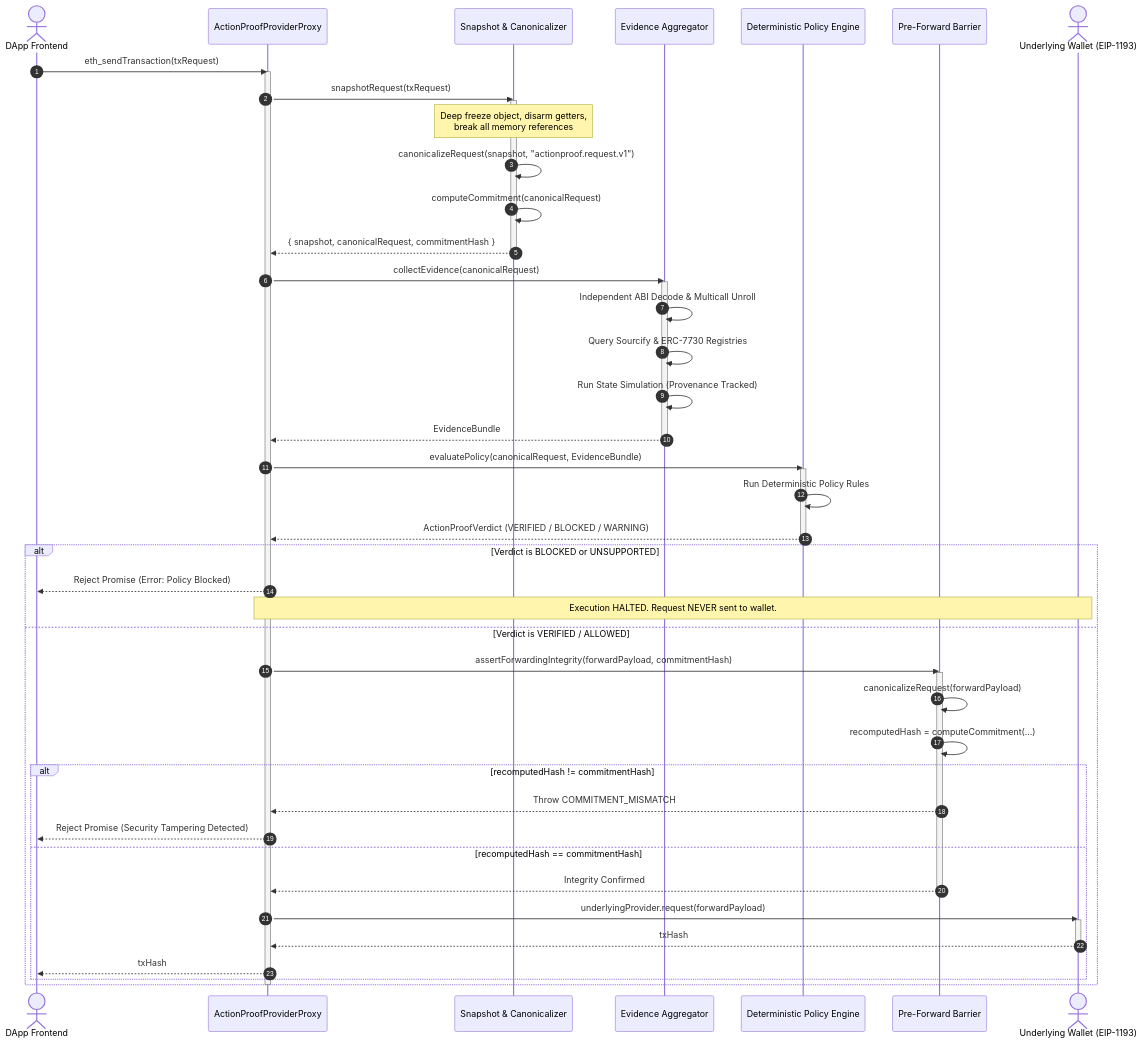
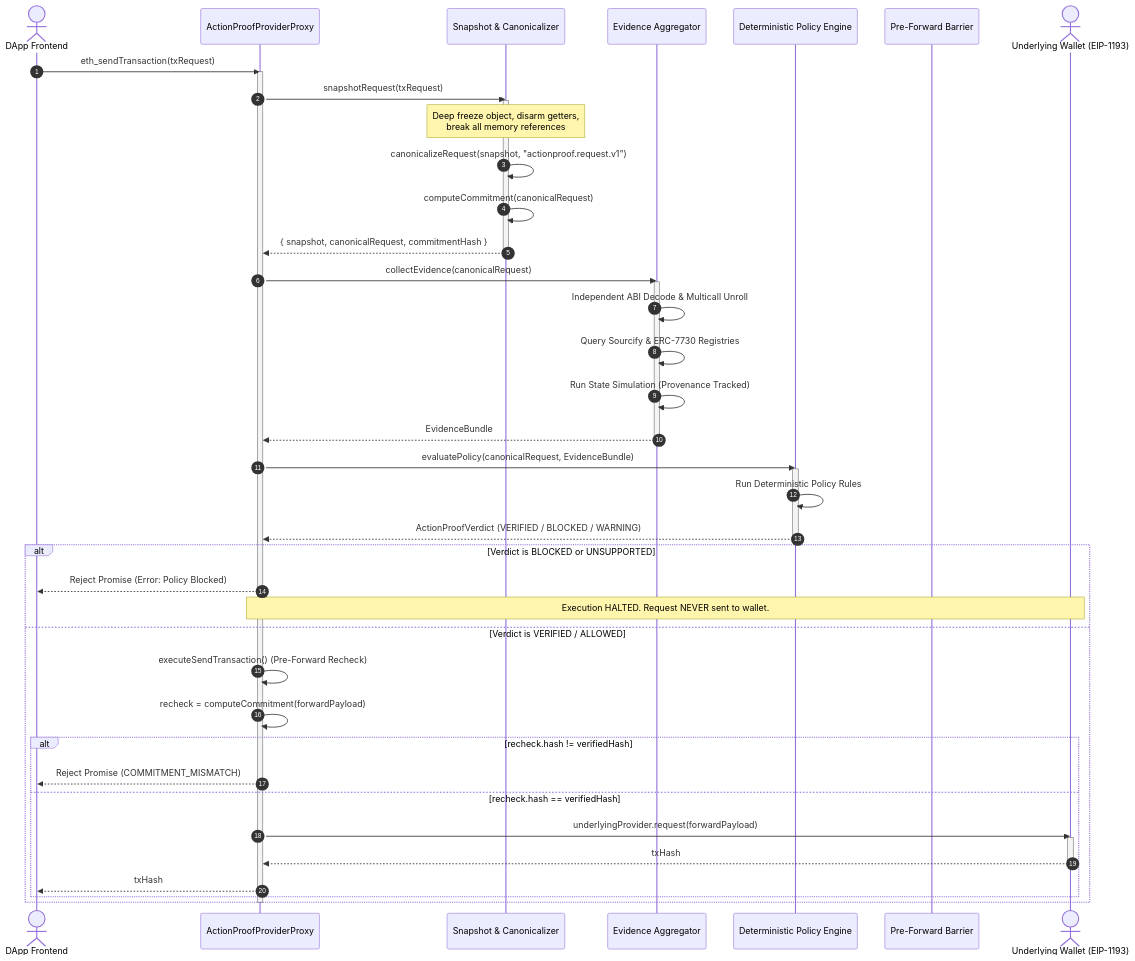
One commit to Abhi010903/ActionProofETR changed the second of 6 diagrams in README.md. Above: the diagram before and after it, drawn with Mermaid. The commit also changed other lines of this file and 10 other files, not shown here.

````diff
--- a/README.md
+++ b/README.md
@@ -179,59 +179,54 @@
 ```mermaid
 sequenceDiagram
     autonumber
     actor DApp as DApp Frontend
     participant Proxy as ActionProofProviderProxy
     participant Snap as Snapshot & Canonicalizer
     participant Evidence as Evidence Aggregator
     participant Policy as Deterministic Policy Engine
     participant Barrier as Pre-Forward Barrier
     actor Wallet as Underlying Wallet (EIP-1193)
 
     DApp->>Proxy: eth_sendTransaction(txRequest)
     activate Proxy
     
     Proxy->>Snap: snapshotRequest(txRequest)
     activate Snap
     Note over Snap: Deep freeze object, disarm getters,<br/>break all memory references
     Snap->>Snap: canonicalizeRequest(snapshot, "actionproof.request.v1")
     Snap->>Snap: computeCommitment(canonicalRequest)
     Snap-->>Proxy: { snapshot, canonicalRequest, commitmentHash }
     deactivate Snap
 
     Proxy->>Evidence: collectEvidence(canonicalRequest)
     activate Evidence
     Evidence->>Evidence: Independent ABI Decode & Multicall Unroll
     Evidence->>Evidence: Query Sourcify & ERC-7730 Registries
     Evidence->>Evidence: Run State Simulation (Provenance Tracked)
     Evidence-->>Proxy: EvidenceBundle
     deactivate Evidence
 
     Proxy->>Policy: evaluatePolicy(canonicalRequest, EvidenceBundle)
     activate Policy
     Policy->>Policy: Run Deterministic Policy Rules
     Policy-->>Proxy: ActionProofVerdict (VERIFIED / BLOCKED / WARNING)
     deactivate Policy
 
     alt Verdict is BLOCKED or UNSUPPORTED
         Proxy-->>DApp: Reject Promise (Error: Policy Blocked)
         Note over Proxy,Wallet: Execution HALTED. Request NEVER sent to wallet.
     else Verdict is VERIFIED / ALLOWED
-        Proxy->>Barrier: assertForwardingIntegrity(forwardPayload, commitmentHash)
-        activate Barrier
-        Barrier->>Barrier: canonicalizeRequest(forwardPayload)
-        Barrier->>Barrier: recomputedHash = computeCommitment(...)
-        alt recomputedHash != commitmentHash
-            Barrier-->>Proxy: Throw COMMITMENT_MISMATCH
-            Proxy-->>DApp: Reject Promise (Security Tampering Detected)
-        else recomputedHash == commitmentHash
-            Barrier-->>Proxy: Integrity Confirmed
-            deactivate Barrier
+        Proxy->>Proxy: executeSendTransaction() (Pre-Forward Recheck)
+        Proxy->>Proxy: recheck = computeCommitment(forwardPayload)
+        alt recheck.hash != verifiedHash
+            Proxy-->>DApp: Reject Promise (COMMITMENT_MISMATCH)
+        else recheck.hash == verifiedHash
             Proxy->>Wallet: underlyingProvider.request(forwardPayload)
             activate Wallet
             Wallet-->>Proxy: txHash
             deactivate Wallet
             Proxy-->>DApp: txHash
         end
     end
     deactivate Proxy
 ```
````
